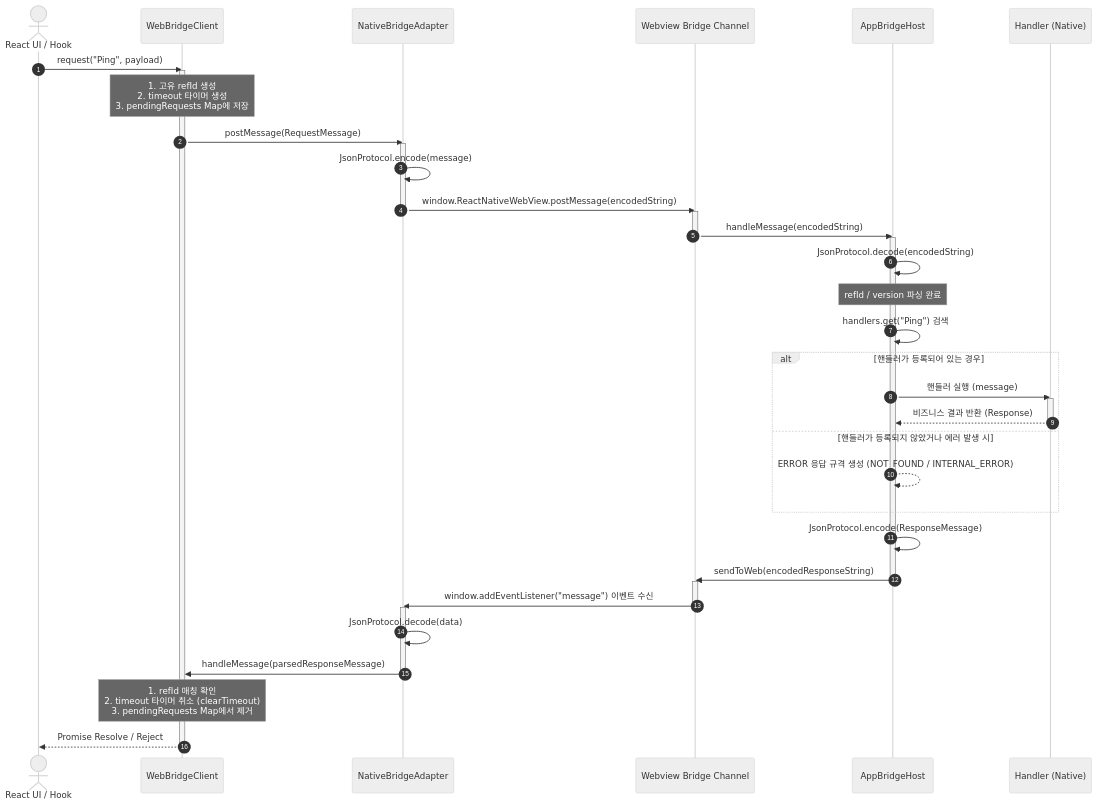
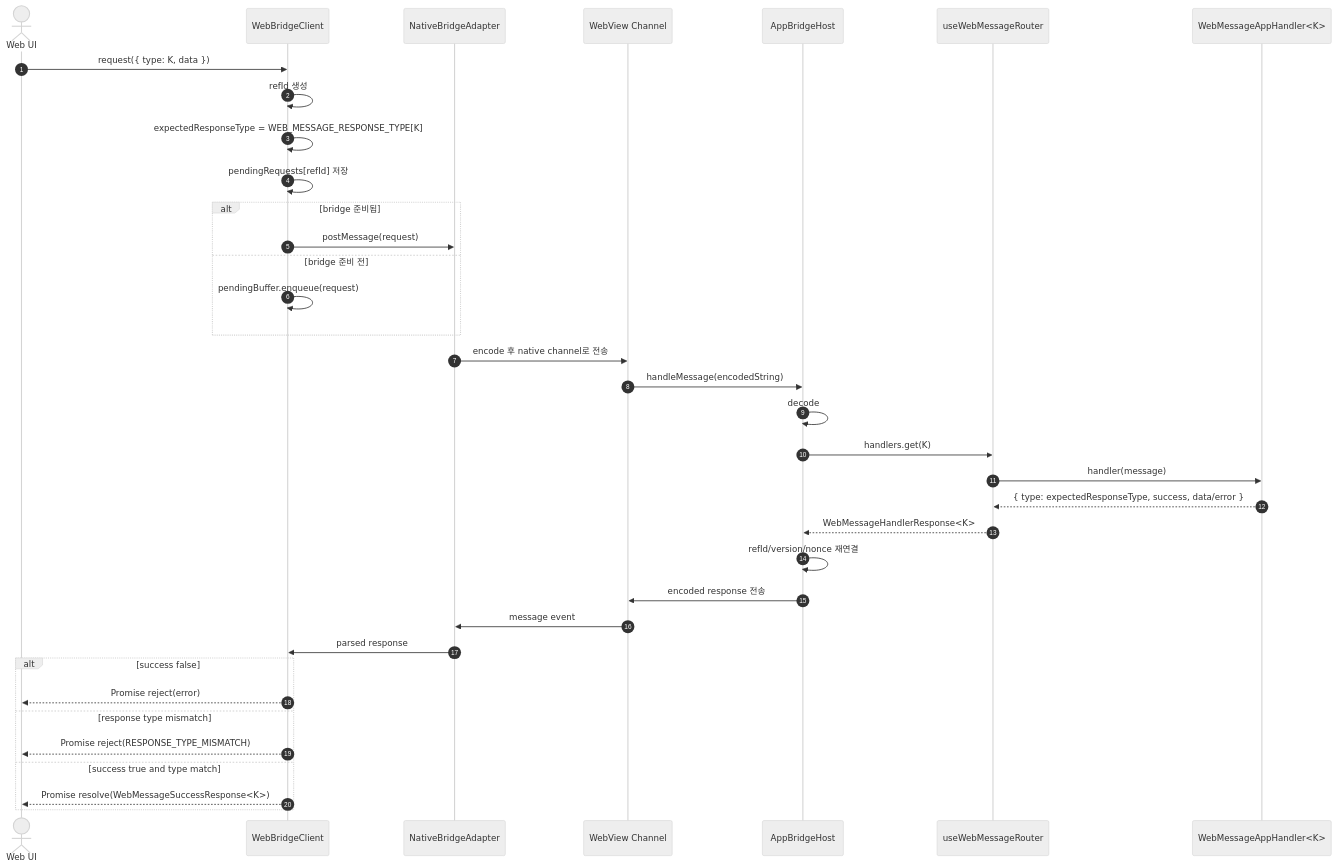
One commit to lemoncloud-io/dou-app changed the second of 4 diagrams in libs/bridges/README.md. Above: the diagram before and after it, drawn with Mermaid (neutral theme). The commit also changed other lines of this file, not shown here.

First line of the commit message:
docs(bridges): overhaul README with detailed architecture and usage

````diff
--- a/libs/bridges/README.md
+++ b/libs/bridges/README.md
@@ -151,50 +114,42 @@
 ```mermaid
 sequenceDiagram
     autonumber
-    actor WebApp as React UI / Hook
-    participant WebClient as WebBridgeClient
-    participant WebAdapter as NativeBridgeAdapter
-    participant NativeChannel as Webview Bridge Channel
-    participant AppHost as AppBridgeHost
-    participant AppHandler as Handler (Native)
+    actor Web as Web UI
+    participant Client as WebBridgeClient
+    participant Adapter as NativeBridgeAdapter
+    participant Channel as WebView Channel
+    participant Host as AppBridgeHost
+    participant Router as useWebMessageRouter
+    participant Handler as WebMessageAppHandler<K>
 
-    WebApp->>WebClient: request("Ping", payload)
-    activate WebClient
-    Note over WebClient: 1. 고유 refId 생성<br/>2. timeout 타이머 생성<br/>3. pendingRequests Map에 저장
-    WebClient->>WebAdapter: postMessage(RequestMessage)
-    activate WebAdapter
-    WebAdapter->>WebAdapter: JsonProtocol.encode(message)
-    WebAdapter->>NativeChannel: window.ReactNativeWebView.postMessage(encodedString)
-    deactivate WebAdapter
-    activate NativeChannel
-    NativeChannel->>AppHost: handleMessage(encodedString)
-    deactivate NativeChannel
-    activate AppHost
-    AppHost->>AppHost: JsonProtocol.decode(encodedString)
-    Note over AppHost: refId / version 파싱 완료
-    AppHost->>AppHost: handlers.get("Ping") 검색
+    Web->>Client: request({ type: K, data })
+    Client->>Client: refId 생성
+    Client->>Client: expectedResponseType = WEB_MESSAGE_RESPONSE_TYPE[K]
+    Client->>Client: pendingRequests[refId] 저장
 
-    alt 핸들러가 등록되어 있는 경우
-        AppHost->>AppHandler: 핸들러 실행 (message)
-        activate AppHandler
-        AppHandler-->>AppHost: 비즈니스 결과 반환 (Response)
-        deactivate AppHandler
-    else 핸들러가 등록되지 않았거나 에러 발생 시
-        AppHost-->>AppHost: ERROR 응답 규격 생성 (NOT_FOUND / INTERNAL_ERROR)
+    alt bridge 준비됨
+        Client->>Adapter: postMessage(request)
+    else bridge 준비 전
+        Client->>Client: pendingBuffer.enqueue(request)
     end
 
-    AppHost->>AppHost: JsonProtocol.encode(ResponseMessage)
-    AppHost->>NativeChannel: sendToWeb(encodedResponseString)
-    deactivate AppHost
-    activate NativeChannel
-    NativeChannel->>WebAdapter: window.addEventListener("message") 이벤트 수신
-    deactivate NativeChannel
-    activate WebAdapter
-    WebAdapter->>WebAdapter: JsonProtocol.decode(data)
-    WebAdapter->>WebClient: handleMessage(parsedResponseMessage)
-    deactivate WebAdapter
+    Adapter->>Channel: encode 후 native channel로 전송
+    Channel->>Host: handleMessage(encodedString)
+    Host->>Host: decode
+    Host->>Router: handlers.get(K)
+    Router->>Handler: handler(message)
+    Handler-->>Router: { type: expectedResponseType, success, data/error }
+    Router-->>Host: WebMessageHandlerResponse<K>
+    Host->>Host: refId/version/nonce 재연결
+    Host->>Channel: encoded response 전송
+    Channel->>Adapter: message event
+    Adapter->>Client: parsed response
 
-    Note over WebClient: 1. refId 매칭 확인<br/>2. timeout 타이머 취소 (clearTimeout)<br/>3. pendingRequests Map에서 제거
-    WebClient-->>WebApp: Promise Resolve / Reject
-    deactivate WebClient
+    alt success false
+        Client-->>Web: Promise reject(error)
+    else response type mismatch
+        Client-->>Web: Promise reject(RESPONSE_TYPE_MISMATCH)
+    else success true and type match
+        Client-->>Web: Promise resolve(WebMessageSuccessResponse<K>)
+    end
 ```
````
